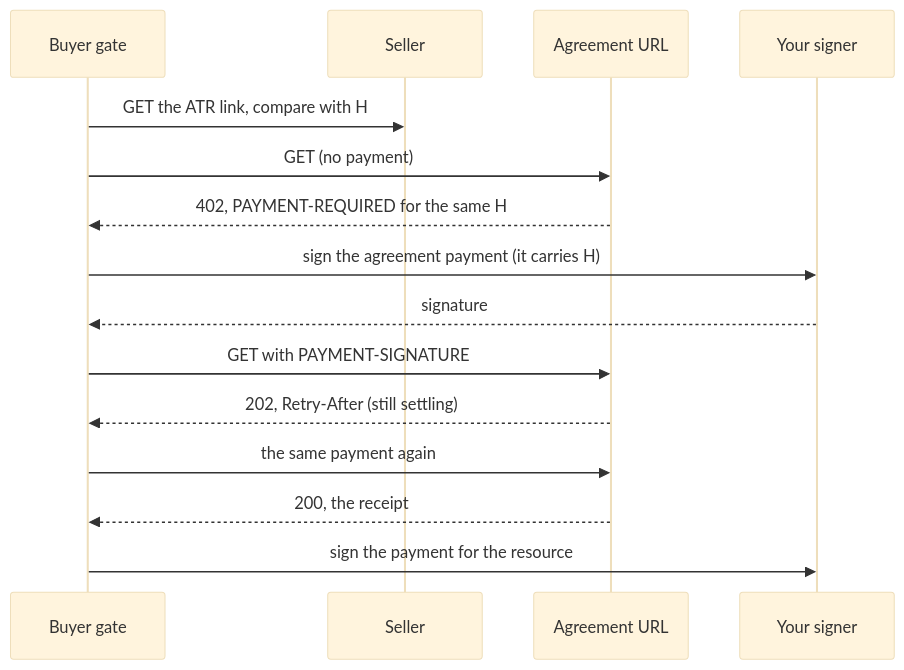
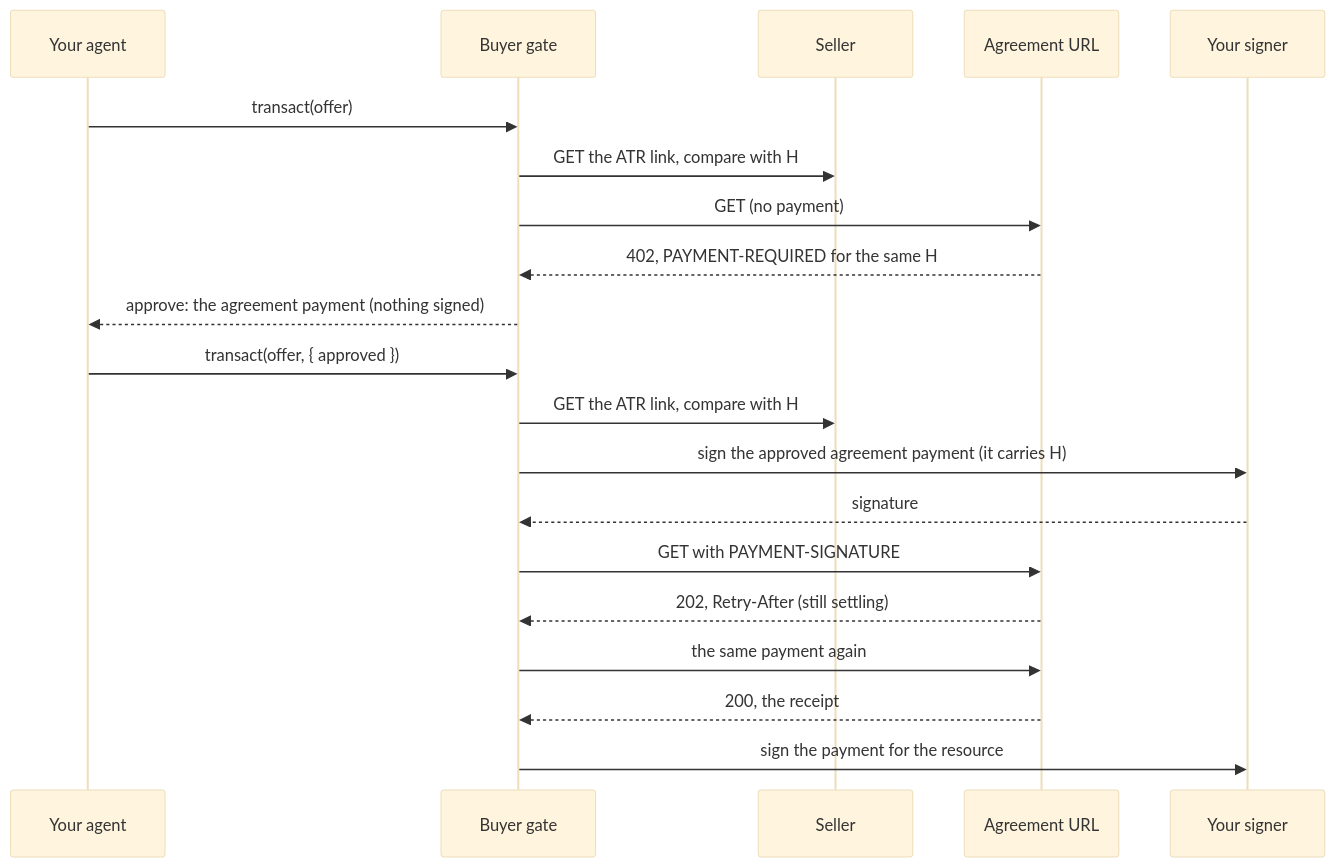
One commit to IntegraLedger/integra-agentic-terms changed the diagram in docs/guides/agreement-payments.md. Above: the diagram before and after it, drawn with Mermaid (base theme). The commit also changed other lines of this file and 56 other files, not shown here.

First line of the commit message:
The agreement payment is returned for the agent's approval before it is signed

````diff
--- a/docs/guides/agreement-payments.md
+++ b/docs/guides/agreement-payments.md
@@ -16,17 +17,22 @@
 ```mermaid
 sequenceDiagram
+    participant Ag as Your agent
     participant G as Buyer gate
     participant S as Seller
     participant A as Agreement URL
     participant W as Your signer
+    Ag->>G: transact(offer)
     G->>S: GET the ATR link, compare with H
     G->>A: GET (no payment)
     A-->>G: 402, PAYMENT-REQUIRED for the same H
-    G->>W: sign the agreement payment (it carries H)
+    G-->>Ag: approve: the agreement payment (nothing signed)
+    Ag->>G: transact(offer, { approved })
+    G->>S: GET the ATR link, compare with H
+    G->>W: sign the approved agreement payment (it carries H)
     W-->>G: signature
     G->>A: GET with PAYMENT-SIGNATURE
     A-->>G: 202, Retry-After (still settling)
     G->>A: the same payment again
     A-->>G: 200, the receipt
     G->>W: sign the payment for the resource
 ```
````
